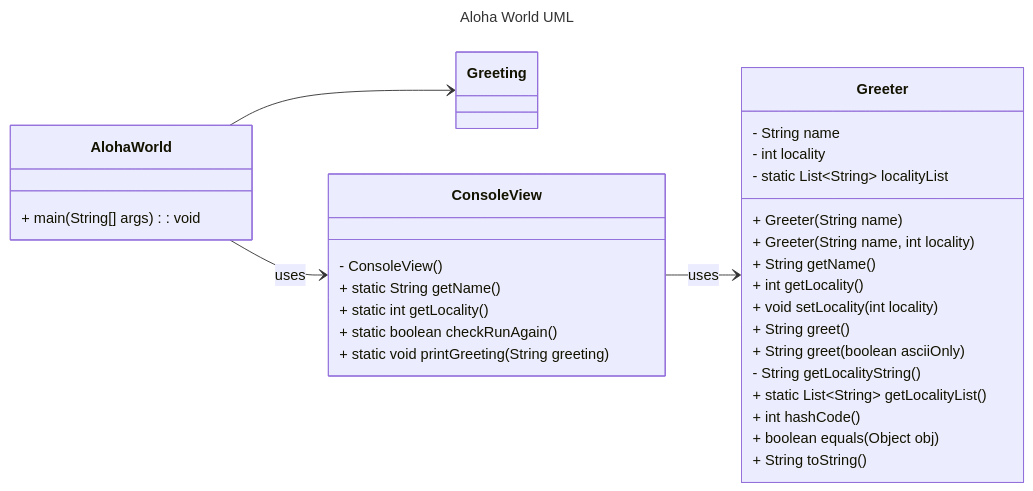
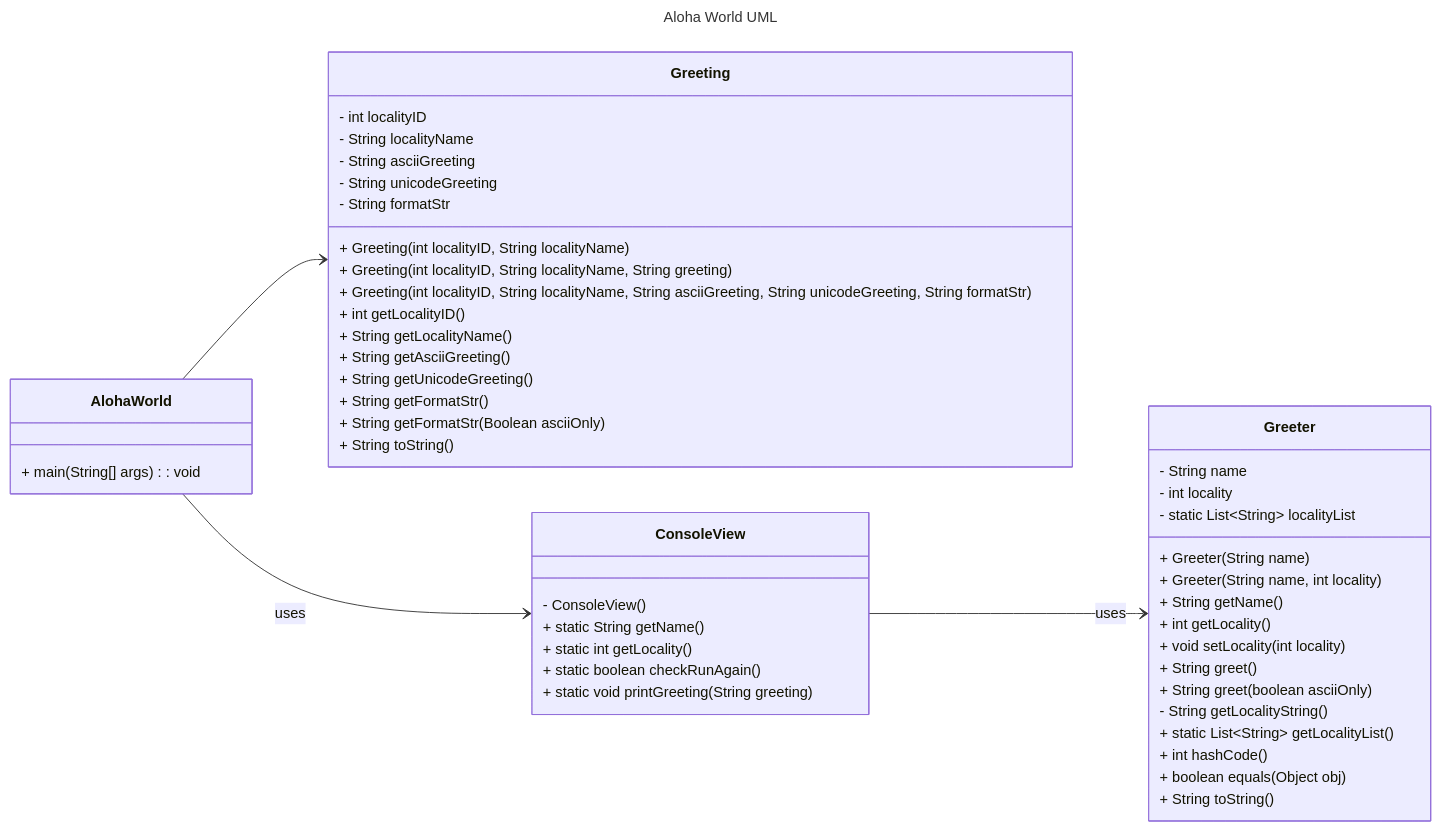
One commit to 5004-SEA-Fa24-Geeng/hello-world-yifantian0427 changed the first of 2 diagrams in Report.md. Above: the diagram before and after it, drawn with Mermaid. The commit also changed other lines of this file, not shown here.

````diff
--- a/Report.md
+++ b/Report.md
@@ -9,42 +9,59 @@
 ```mermaid
 ---
 title: Aloha World UML
 ---
 classDiagram
     direction LR
     AlohaWorld --> Greeting
     AlohaWorld --> ConsoleView : uses
     ConsoleView --> Greeter : uses
     class AlohaWorld { 
         + main(String[] args) : void
     }
     class Greeter { 
         - String name
         - int locality
         - static List~String~ localityList
         
         + Greeter(String name)
         + Greeter(String name, int locality)
         + String getName()
         + int getLocality()
         + void setLocality(int locality)
         + String greet()
         + String greet(boolean asciiOnly)
         - String getLocalityString()
         + static List~String~ getLocalityList()
         + int hashCode()
         + boolean equals(Object obj)
         + String toString()
     }
     class ConsoleView {
         - ConsoleView()
         + static String getName()
         + static int getLocality()
         + static boolean checkRunAgain()
         + static void printGreeting(String greeting)
     }
-    class Greeting{
-    }
+   class Greeting {
+        - int localityID
+        - String localityName
+        - String asciiGreeting
+        - String unicodeGreeting
+        - String formatStr
+
+        + Greeting(int localityID, String localityName)
+        + Greeting(int localityID, String localityName, String greeting)
+        + Greeting(int localityID, String localityName, String asciiGreeting, String unicodeGreeting, String formatStr)
+
+        + int getLocalityID()
+        + String getLocalityName()
+        + String getAsciiGreeting()
+        + String getUnicodeGreeting()
+        + String getFormatStr()
+        + String getFormatStr(Boolean asciiOnly)
+        + String toString()
+   }
 
 
 ```
````
